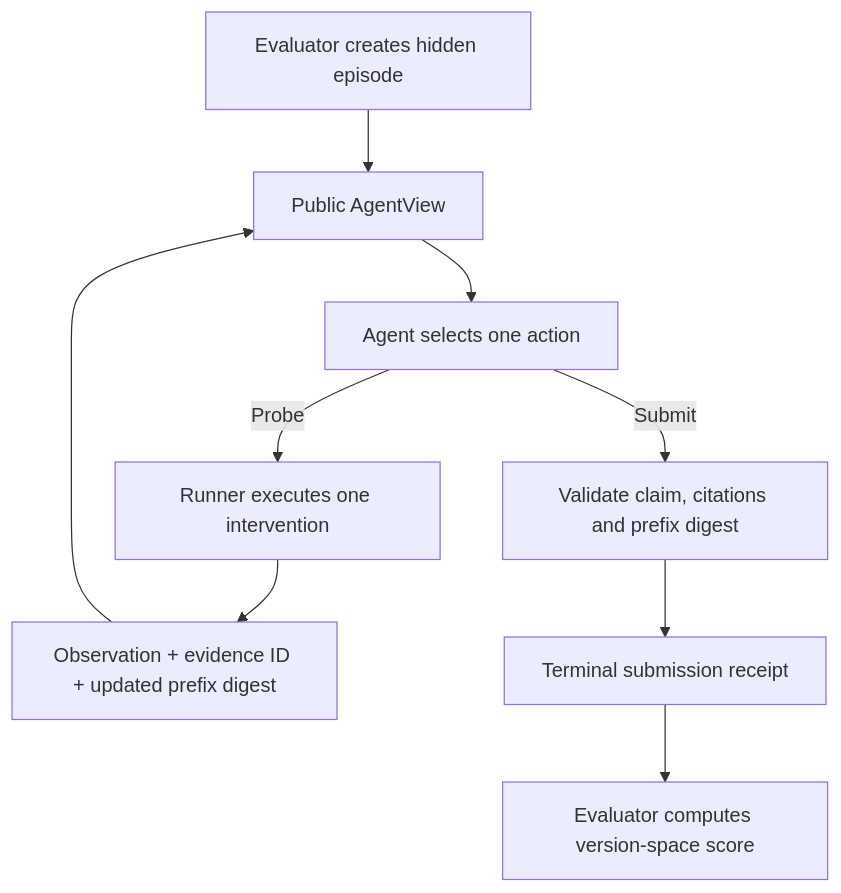
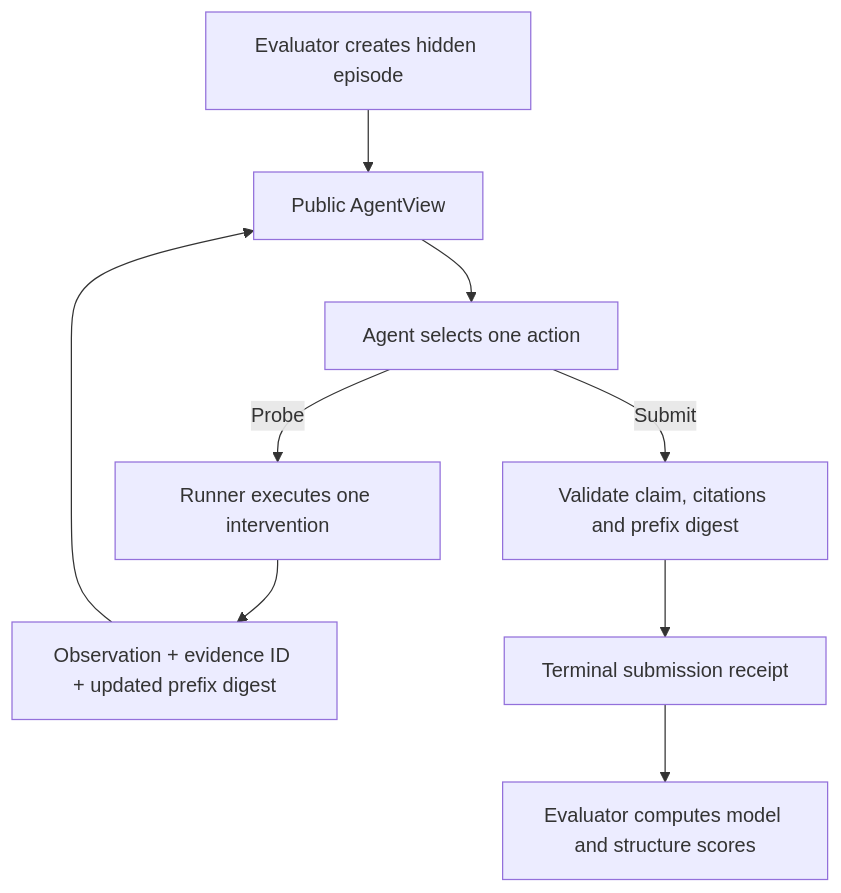
Before and after one commit to Luminous-Dynamics/symthaea: the diagram in docs/research/OPEN_WORLD_AGENT_EPISODE_PROTOCOL_V0_2026-11-08.md, drawn with Mermaid. The commit also changed other lines of this file, not shown here.

Commit message:
docs(research): specify separate structural identifiability score

````diff
--- a/docs/research/OPEN_WORLD_AGENT_EPISODE_PROTOCOL_V0_2026-11-08.md
+++ b/docs/research/OPEN_WORLD_AGENT_EPISODE_PROTOCOL_V0_2026-11-08.md
@@ -12,11 +12,11 @@
 ```mermaid
 flowchart TD
   E[Evaluator creates hidden episode] --> V[Public AgentView]
   V --> A[Agent selects one action]
   A -->|Probe| W[Runner executes one intervention]
   W --> O[Observation + evidence ID + updated prefix digest]
   O --> V
   A -->|Submit| C[Validate claim, citations and prefix digest]
   C --> S[Terminal submission receipt]
-  S --> R[Evaluator computes version-space score]
+  S --> R[Evaluator computes model and structure scores]
 ```
````
